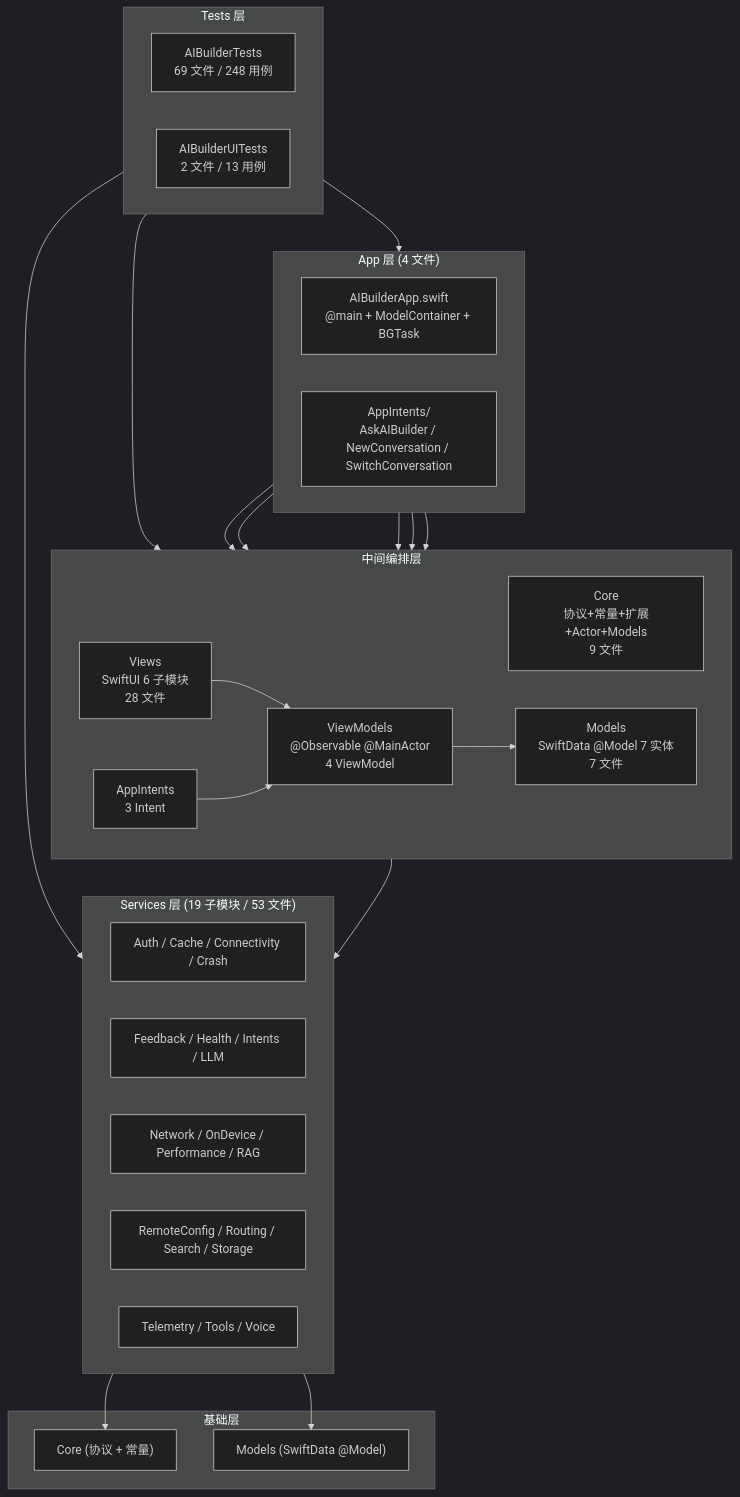
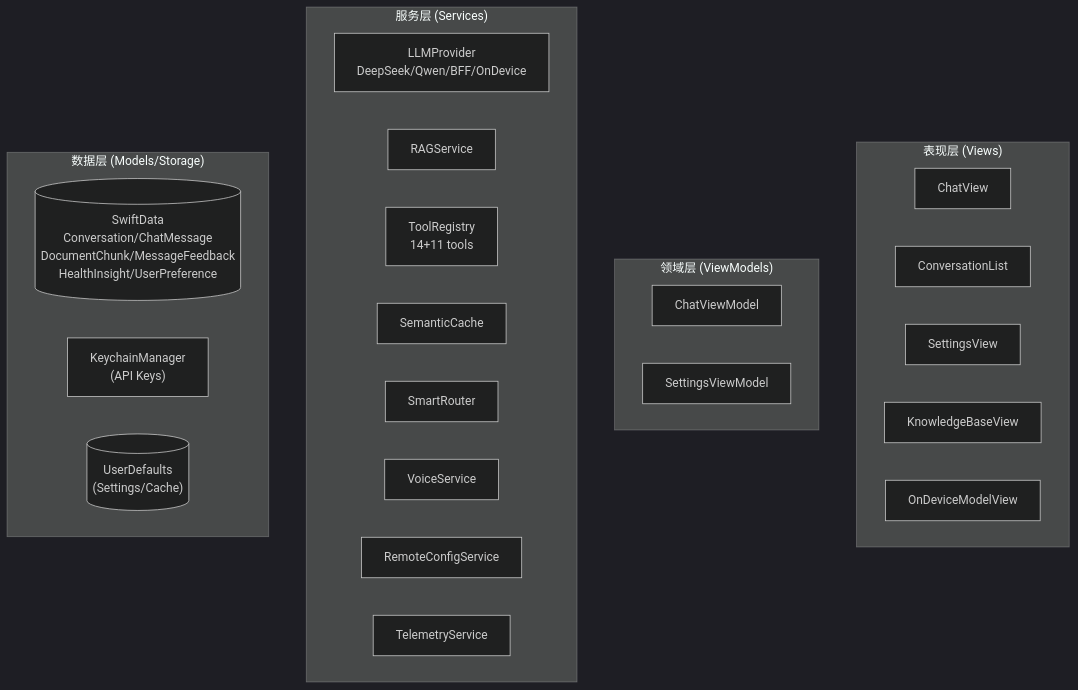
One commit to luosicx/Aether changed the first of 15 diagrams in doc/ARCHITECTURE.md. Above: the diagram before and after it, drawn with Mermaid (dark theme). The commit also changed other lines of this file and 187 other files, not shown here.

````diff
--- a/doc/ARCHITECTURE.md
+++ b/doc/ARCHITECTURE.md
@@ -70,49 +70,29 @@
 ```mermaid
-flowchart TD
-    subgraph Tests["Tests 层"]
-        T1["AIBuilderTests<br/>69 文件 / 248 用例"]
-        T2["AIBuilderUITests<br/>2 文件 / 13 用例"]
+flowchart TB
+    subgraph Presentation["表现层 (Views)"]
+        ChatView["ChatView"]
+        ConversationList["ConversationList"]
+        SettingsView["SettingsView"]
+        KnowledgeBaseView["KnowledgeBaseView"]
+        OnDeviceModelView["OnDeviceModelView"]
     end
-
-    subgraph App["App 层 (4 文件)"]
-        A1["AIBuilderApp.swift<br/>@main + ModelContainer + BGTask"]
-        A2["AppIntents/<br/>AskAIBuilder / NewConversation / SwitchConversation"]
+    subgraph Domain["领域层 (ViewModels)"]
+        ChatViewModel["ChatViewModel"]
+        SettingsViewModel["SettingsViewModel"]
     end
-
-    subgraph Middle["中间编排层"]
-        direction LR
-        C["Core<br/>协议+常量+扩展+Actor+Models<br/>9 文件"]
-        M["Models<br/>SwiftData @Model 7 实体<br/>7 文件"]
-        VM["ViewModels<br/>@Observable @MainActor<br/>4 ViewModel"]
-        V["Views<br/>SwiftUI 6 子模块<br/>28 文件"]
-        AI["AppIntents<br/>3 Intent"]
+    subgraph Services["服务层 (Services)"]
+        LLMProvider["LLMProvider<br/>DeepSeek/Qwen/BFF/OnDevice"]
+        RAGService["RAGService"]
+        ToolRegistry["ToolRegistry<br/>14+11 tools"]
+        SemanticCache["SemanticCache"]
+        SmartRouter["SmartRouter"]
+        VoiceService["VoiceService"]
+        RemoteConfig["RemoteConfigService"]
+        Telemetry["TelemetryService"]
     end
-
-    subgraph Services["Services 层 (19 子模块 / 53 文件)"]
-        S0["Auth / Cache / Connectivity / Crash"]
-        S1["Feedback / Health / Intents / LLM"]
-        S2["Network / OnDevice / Performance / RAG"]
-        S3["RemoteConfig / Routing / Search / Storage"]
-        S4["Telemetry / Tools / Voice"]
+    subgraph Data["数据层 (Models/Storage)"]
+        SwiftData[("SwiftData<br/>Conversation/ChatMessage<br/>DocumentChunk/MessageFeedback<br/>HealthInsight/UserPreference")]
+        Keychain["KeychainManager<br/>(API Keys)"]
+        UserDefaults[("UserDefaults<br/>(Settings/Cache)")]
     end
-
-    subgraph Foundation["基础层"]
-        F1["Core (协议 + 常量)"]
-        F2["Models (SwiftData @Model)"]
-    end
-
-    Tests --> App
-    Tests --> Middle
-    Tests --> Services
-    App --> C
-    App --> M
-    App --> VM
-    App --> V
-    App --> AI
-    VM --> Services
-    VM --> M
-    V --> VM
-    AI --> VM
-    Services --> F1
-    Services --> F2
 ```
````
